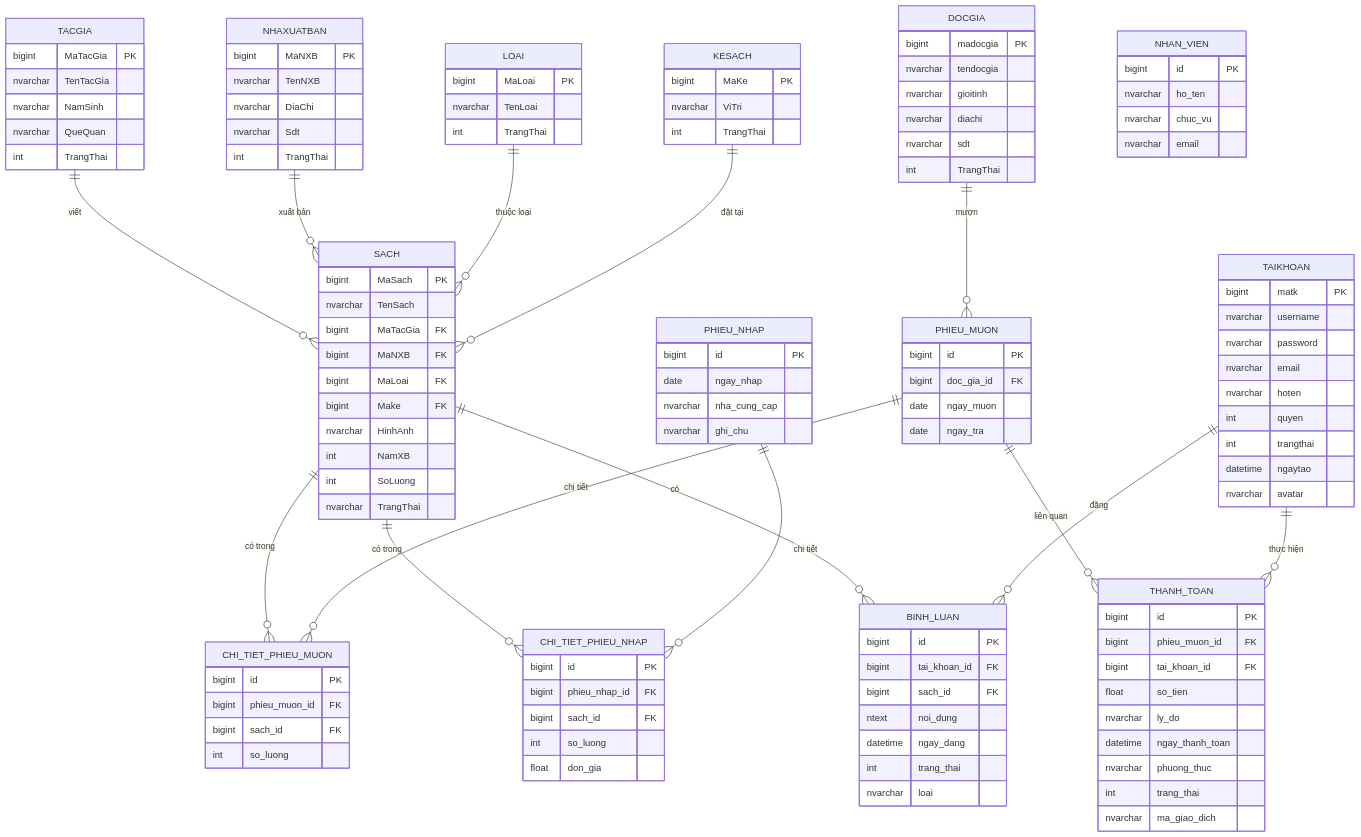
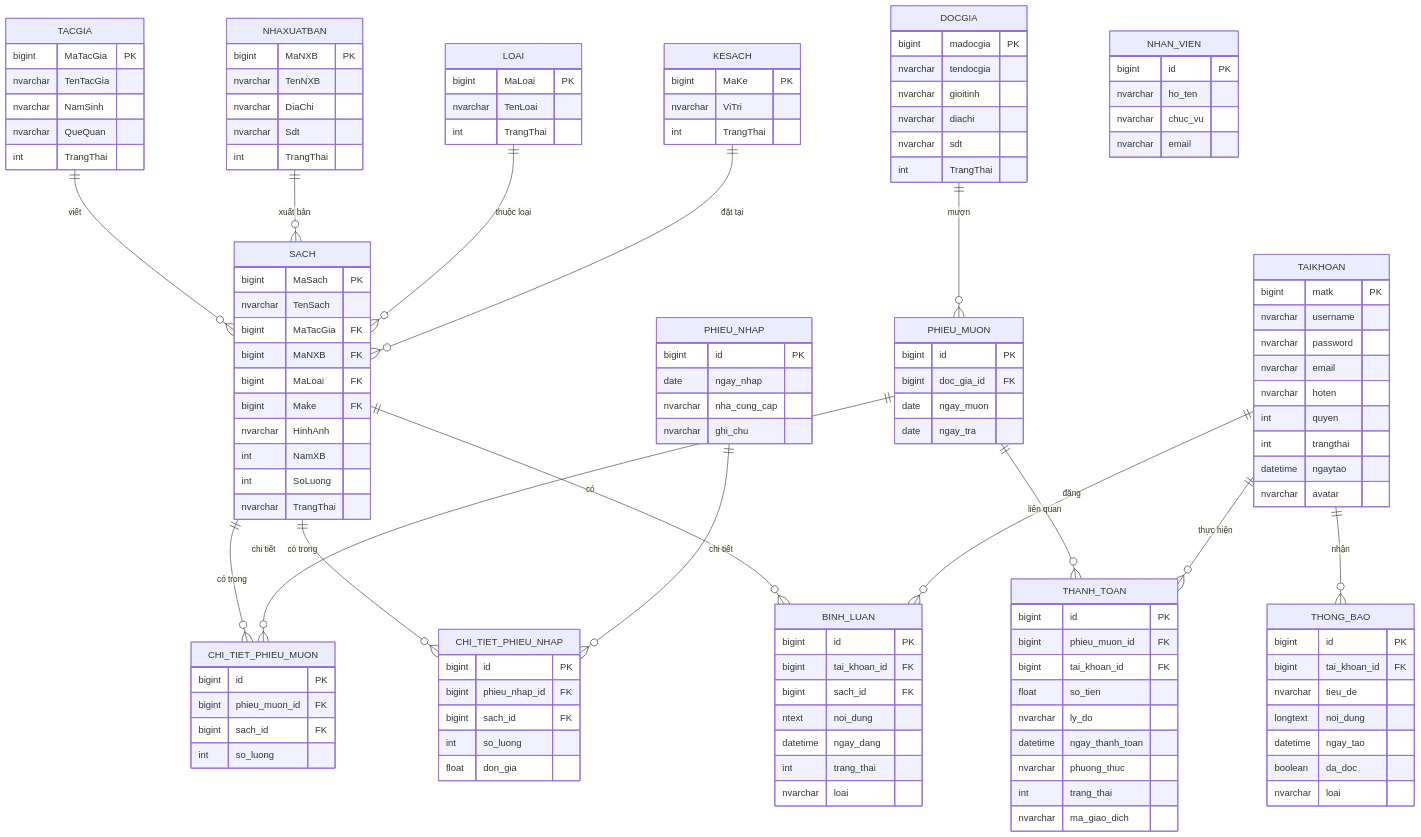
The diagram in README.md (nguyentanphong-12022k5/QL_Sach), drawn with Mermaid before and after one commit. The commit also changed other lines of this file and 16 other files, not shown here.

````diff
--- a/README.md
+++ b/README.md
@@ -200,6 +209,7 @@
     PHIEU_NHAP ||--o{ CHI_TIET_PHIEU_NHAP : "chi tiết"
     TAIKHOAN ||--o{ BINH_LUAN : "đăng"
     TAIKHOAN ||--o{ THANH_TOAN : "thực hiện"
+    TAIKHOAN ||--o{ THONG_BAO : "nhận"
 
     TACGIA {
         bigint MaTacGia PK
@@ -307,4 +317,13 @@
         nvarchar chuc_vu
         nvarchar email
     }
+    THONG_BAO {
+        bigint id PK
+        bigint tai_khoan_id FK
+        nvarchar tieu_de
+        longtext noi_dung
+        datetime ngay_tao
+        boolean da_doc
+        nvarchar loai
+    }
 ```
````
